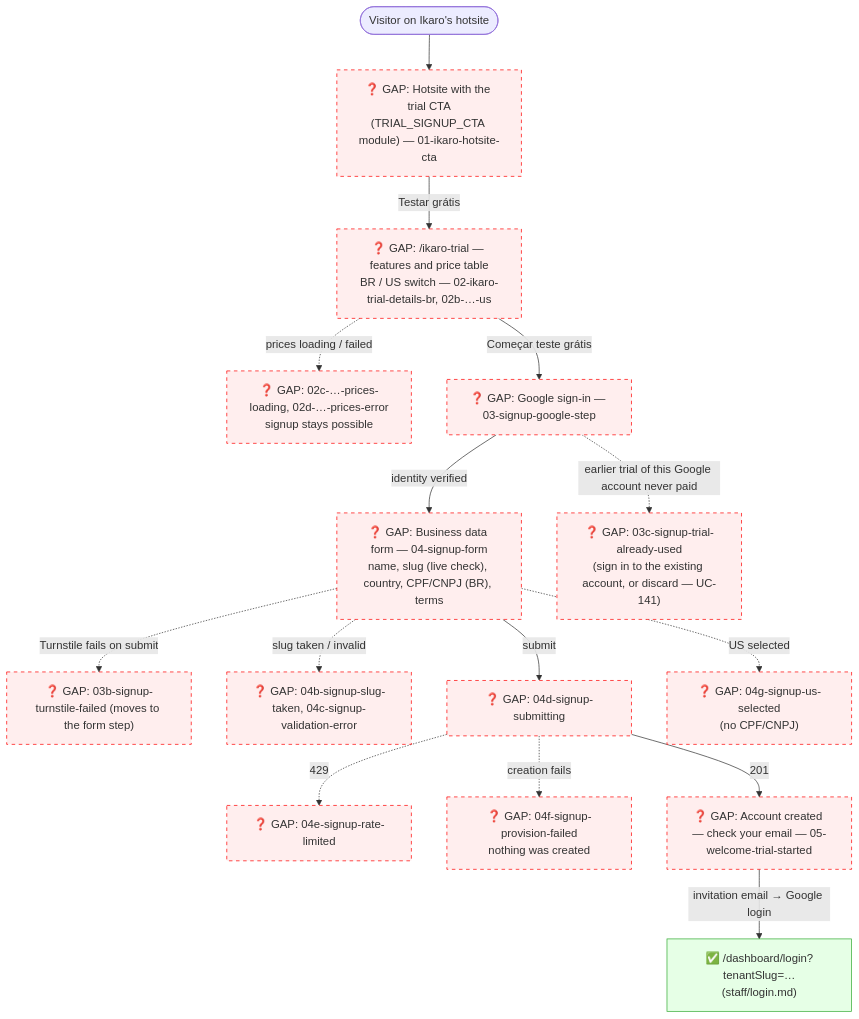
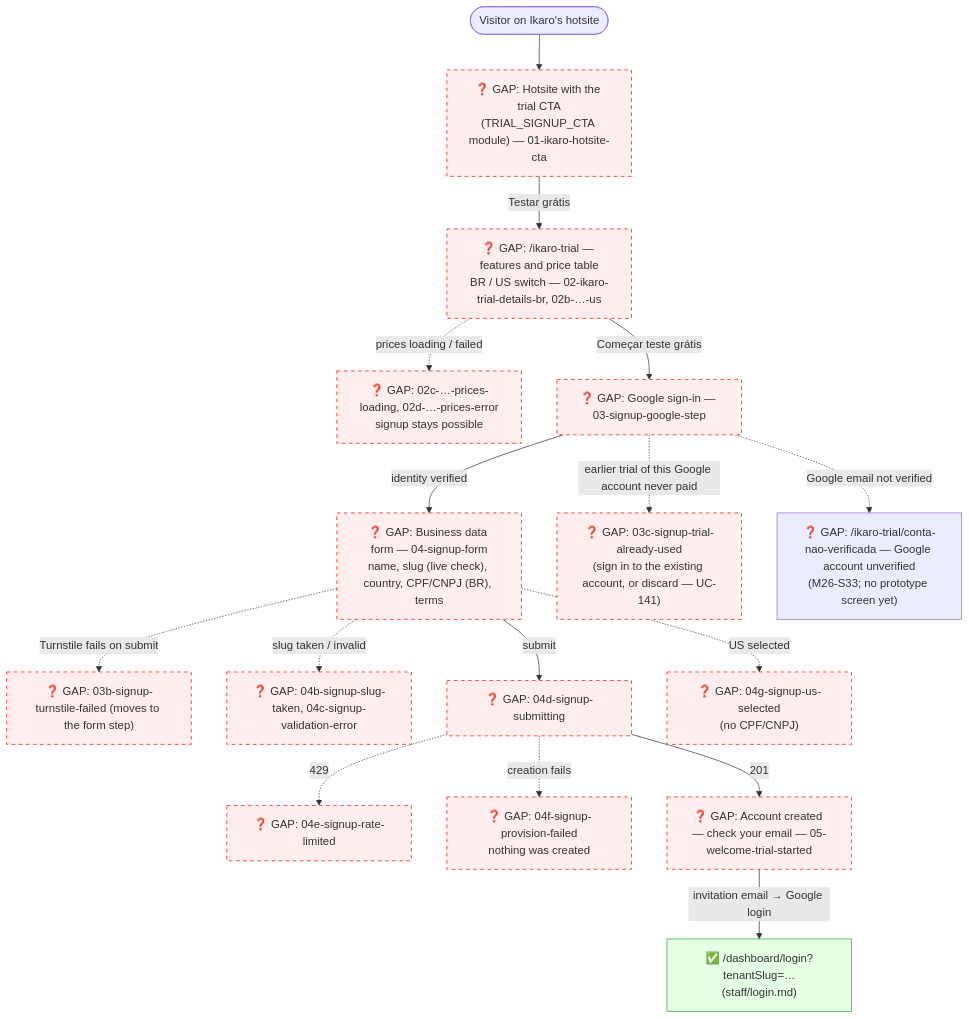
The diagram in journeys/guest/ikaro-trial.md (lmmoreira/ikaro), drawn with Mermaid before and after one commit. The commit also changed other lines of this file and 14 other files, not shown here.

First line of the commit message:
docs: sweep the docs for M26-S24 (self-signup): contracts, errors, BFF, schema, journeys, plan

````diff
--- a/journeys/guest/ikaro-trial.md
+++ b/journeys/guest/ikaro-trial.md
@@ -12,23 +12,24 @@
 ```mermaid
 flowchart TD
     classDef existing fill:#e6ffe6,stroke:#3a3
     classDef gap stroke:#f00,stroke-dasharray: 5 5,fill:#fee
 
     Hotsite(["Visitor on Ikaro's hotsite"]) --> Cta["❓ GAP: Hotsite with the trial CTA<br/>(TRIAL_SIGNUP_CTA module) — 01-ikaro-hotsite-cta"]
     Cta -->|"Testar grátis"| Details["❓ GAP: /ikaro-trial — features and price table<br/>BR / US switch — 02-ikaro-trial-details-br, 02b-…-us"]
     Details -.->|"prices loading / failed"| PriceStates["❓ GAP: 02c-…-prices-loading, 02d-…-prices-error<br/>signup stays possible"]
     Details -->|"Começar teste grátis"| Google["❓ GAP: Google sign-in — 03-signup-google-step"]
     Form -.->|"Turnstile fails on submit"| TsFail["❓ GAP: 03b-signup-turnstile-failed (moves to the form step)"]
     Google -.->|"earlier trial of this Google account never paid"| Used["❓ GAP: 03c-signup-trial-already-used<br/>(sign in to the existing account, or discard — UC-141)"]
+    Google -.->|"Google email not verified"| Unverified["❓ GAP: /ikaro-trial/conta-nao-verificada — Google account unverified<br/>(M26-S33; no prototype screen yet)"]
     Google -->|"identity verified"| Form["❓ GAP: Business data form — 04-signup-form<br/>name, slug (live check), country, CPF/CNPJ (BR), terms"]
     Form -.->|"slug taken / invalid"| Slug["❓ GAP: 04b-signup-slug-taken, 04c-signup-validation-error"]
     Form -->|"submit"| Submitting["❓ GAP: 04d-signup-submitting"]
     Form -.->|"US selected"| US["❓ GAP: 04g-signup-us-selected<br/>(no CPF/CNPJ)"]
     Submitting -.->|"429"| Rate["❓ GAP: 04e-signup-rate-limited"]
     Submitting -.->|"creation fails"| Fail["❓ GAP: 04f-signup-provision-failed<br/>nothing was created"]
     Submitting -->|"201"| Welcome["❓ GAP: Account created — check your email — 05-welcome-trial-started"]
     Welcome -->|"invitation email → Google login"| Login["✅ /dashboard/login?tenantSlug=…<br/>(staff/login.md)"]
 
     class Login existing
     class Cta,Details,PriceStates,Google,TsFail,Used,Form,Slug,Submitting,US,Rate,Fail,Welcome gap
 ```
````
